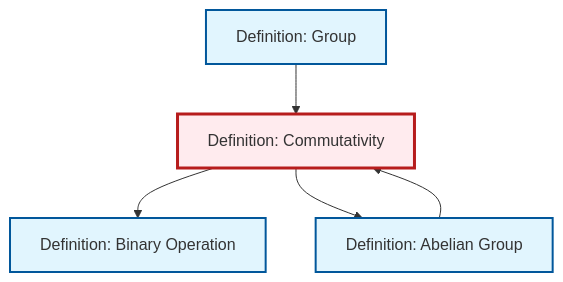
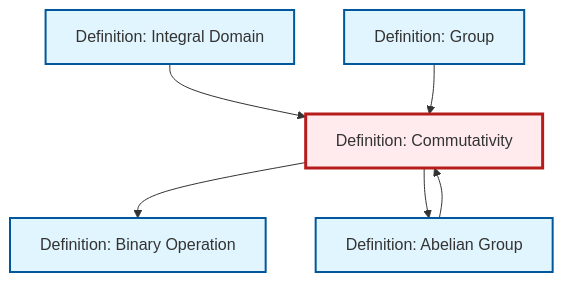
The diagram in content/en/algebra/def-commutativity.qmd (RK0429/ModernMath), drawn with Mermaid before and after one commit. The commit also changed 597 other files, not shown here.

````diff
--- a/content/en/algebra/def-commutativity.qmd
+++ b/content/en/algebra/def-commutativity.qmd
@@ -93,21 +93,24 @@
 ```{mermaid}
 %%| fig-cap: "Local dependency graph"
 graph TD
     classDef definition fill:#e1f5fe,stroke:#01579b,stroke-width:2px
     classDef theorem fill:#f3e5f5,stroke:#4a148c,stroke-width:2px
     classDef axiom fill:#fff3e0,stroke:#e65100,stroke-width:2px
     classDef example fill:#e8f5e9,stroke:#1b5e20,stroke-width:2px
     classDef current fill:#ffebee,stroke:#b71c1c,stroke-width:3px
+    def-integral-domain["Definition: Integral Domain"]:::definition
     def-commutativity["Definition: Commutativity"]:::definition
+    def-abelian-group["Definition: Abelian Group"]:::definition
     def-group["Definition: Group"]:::definition
-    def-abelian-group["Definition: Abelian Group"]:::definition
     def-binary-operation["Definition: Binary Operation"]:::definition
+    def-integral-domain --> def-commutativity
     def-commutativity --> def-binary-operation
+    def-abelian-group --> def-commutativity
+    def-group --> def-commutativity
     def-commutativity --> def-abelian-group
-    def-group --> def-commutativity
-    def-abelian-group --> def-commutativity
     class def-commutativity current
+    click def-integral-domain "def-integral-domain.html" "Go to Integral Domain definition"
+    click def-abelian-group "def-abelian-group.html" "Go to Abelian Group definition"
     click def-group "def-group.html" "Go to Group definition"
-    click def-abelian-group "def-abelian-group.html" "Go to Abelian Group definition"
     click def-binary-operation "def-binary-operation.html" "Go to Binary Operation definition"
 ```
````
